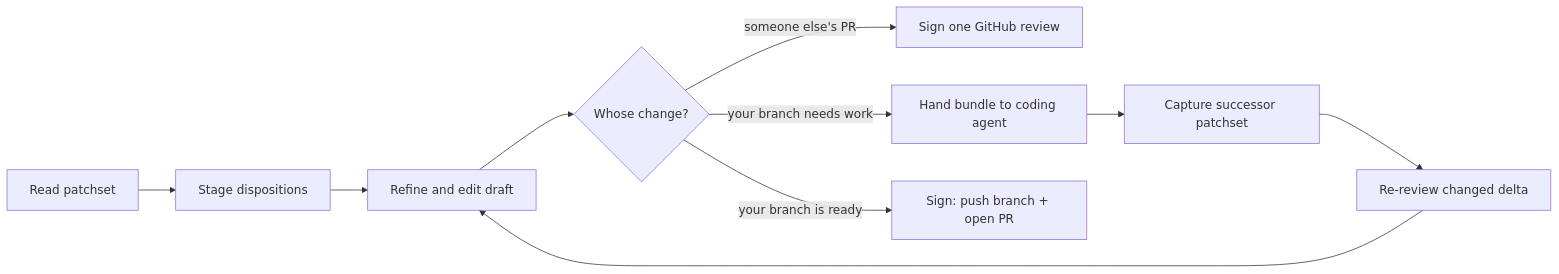
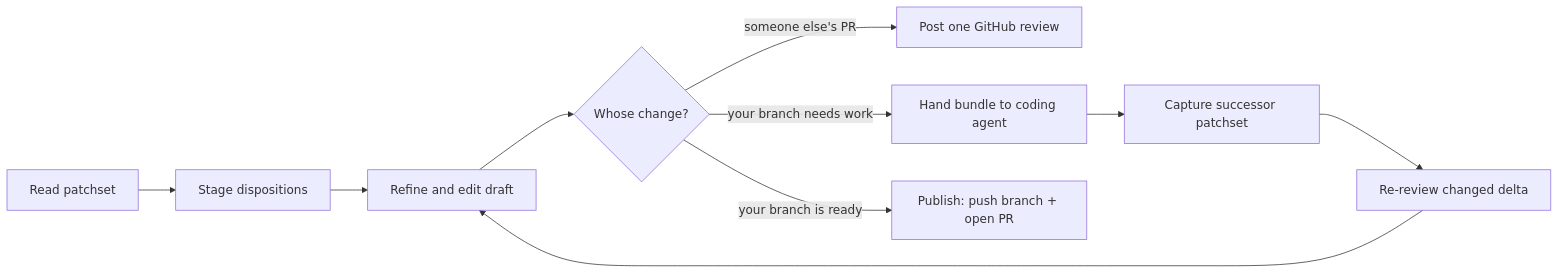
Before and after one commit to rbutera/Rennet: the second of 3 diagrams in docs/src/content/docs/developing/reference/contracts-and-rulings.md, drawn with Mermaid. The commit also changed other lines of this file and 53 other files, not shown here.

````diff
--- a/docs/src/content/docs/developing/reference/contracts-and-rulings.md
+++ b/docs/src/content/docs/developing/reference/contracts-and-rulings.md
@@ -188,17 +188,17 @@
 ```mermaid
 flowchart LR
   read[Read patchset]
   dispose[Stage dispositions]
   refine[Refine and edit draft]
   destination{Whose change?}
-  github[Sign one GitHub review]
+  github[Post one GitHub review]
   agent[Hand bundle to coding agent]
   successor[Capture successor patchset]
   delta[Re-review changed delta]
-  pr[Sign: push branch + open PR]
+  pr[Publish: push branch + open PR]
 
   read --> dispose --> refine --> destination
   destination -->|someone else's PR| github
   destination -->|your branch needs work| agent --> successor --> delta --> refine
   destination -->|your branch is ready| pr
 ```
````
